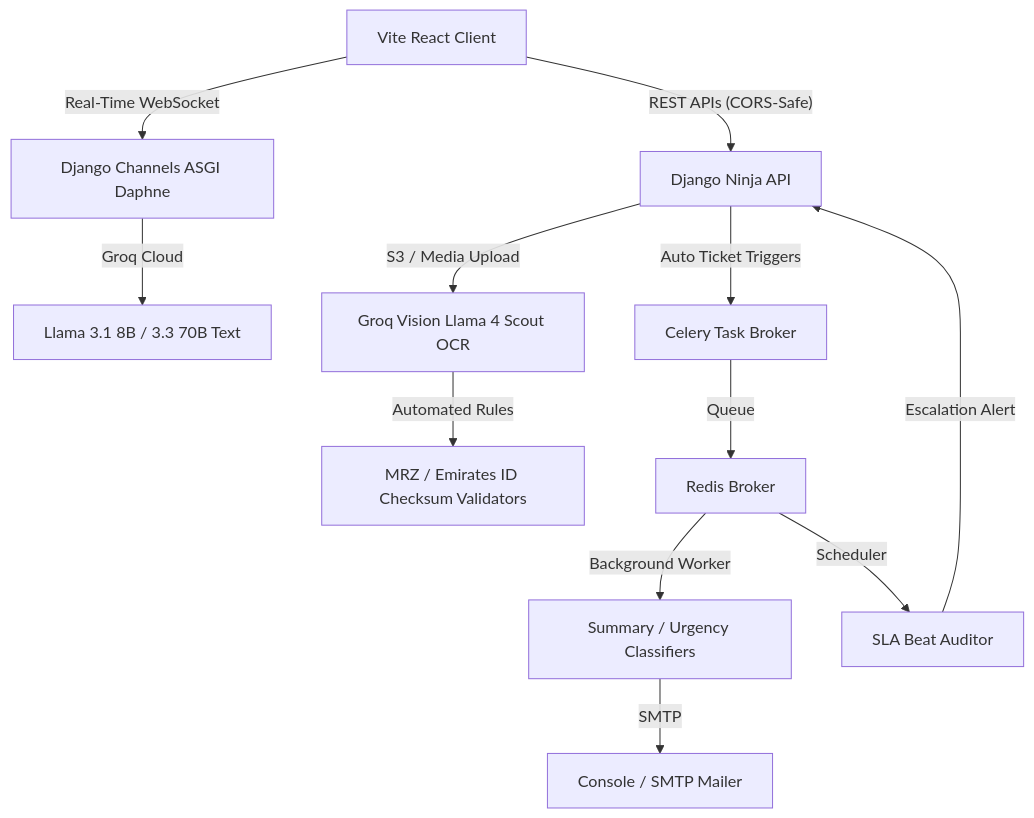
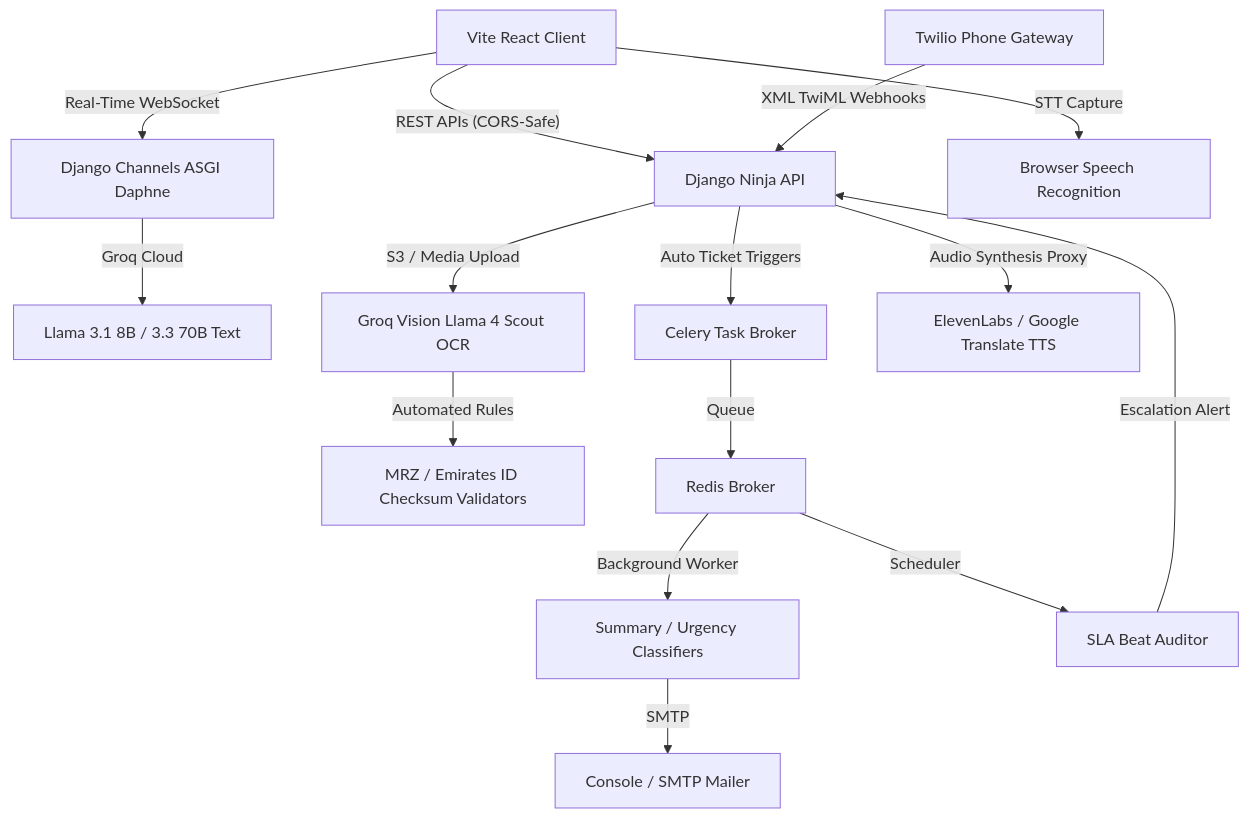
The diagram in README.md (Harshath143/AI_Automation_Chat-Voice), drawn with Mermaid before and after one commit. The commit also changed other lines of this file and 6 other files, not shown here.

First line of the commit message:
feat: integrate voice functionality with ElevenLabs and Twilio

````diff
--- a/README.md
+++ b/README.md
@@ -9,14 +9,19 @@
 ```mermaid
 graph TD
     A[Vite React Client] -- "REST APIs (CORS-Safe)" --> B[Django Ninja API]
     A -- "Real-Time WebSocket" --> C[Django Channels ASGI Daphne]
     C -- "Groq Cloud" --> D[Llama 3.1 8B / 3.3 70B Text]
     B -- "S3 / Media Upload" --> E[Groq Vision Llama 4 Scout OCR]
     E -- "Automated Rules" --> F[MRZ / Emirates ID Checksum Validators]
     B -- "Auto Ticket Triggers" --> G[Celery Task Broker]
     G -- "Queue" --> H[Redis Broker]
     H -- "Background Worker" --> I[Summary / Urgency Classifiers]
     I -- "SMTP" --> J[Console / SMTP Mailer]
     H -- "Scheduler" --> K[SLA Beat Auditor]
     K -- "Escalation Alert" --> B
+    
+    %% Voice & Telephony Channels
+    A -- "STT Capture" --> L[Browser Speech Recognition]
+    B -- "Audio Synthesis Proxy" --> M[ElevenLabs / Google Translate TTS]
+    N[Twilio Phone Gateway] -- "XML TwiML Webhooks" --> B
 ```
````
